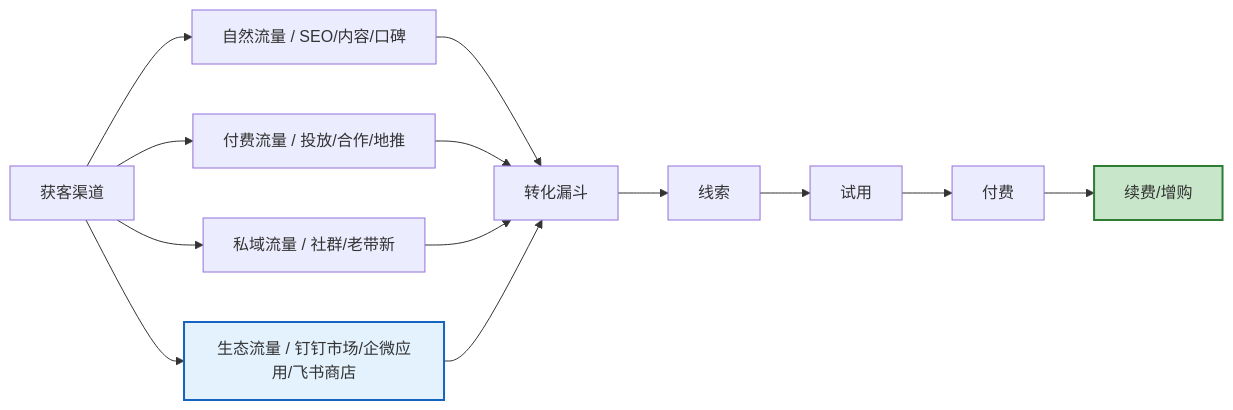
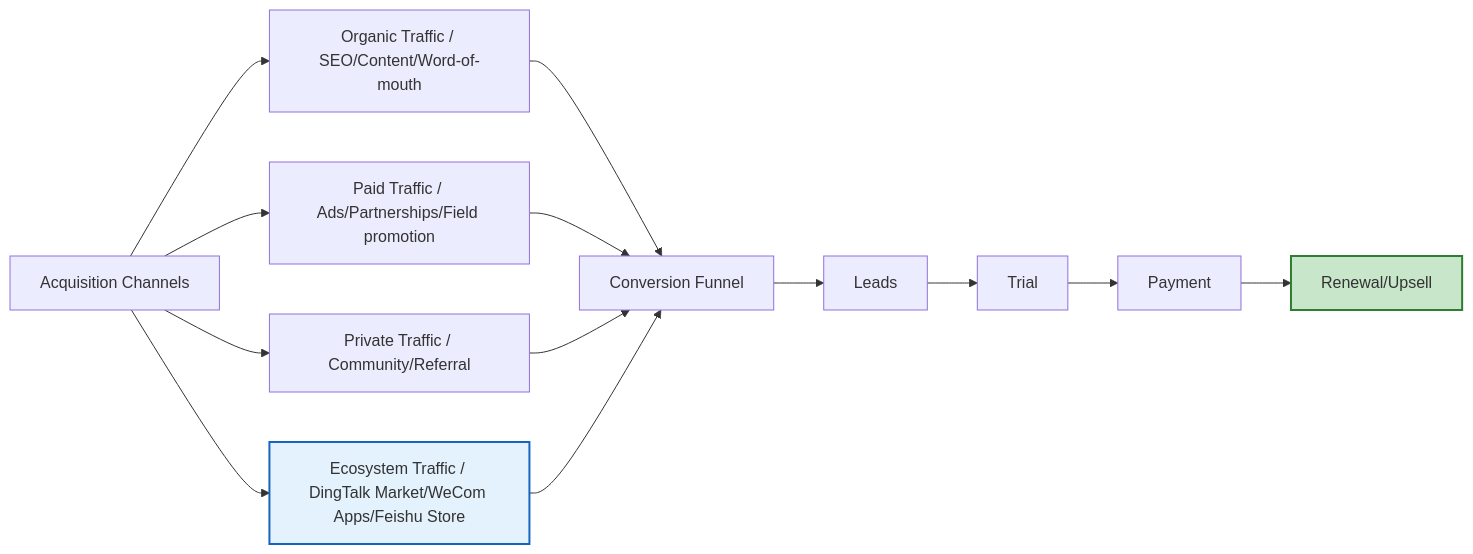
Diagram 12 of 18 in templates/产品/战略层/【模板】市场需求文档.md (Kirky-X/cangjie), drawn with Mermaid before and after one commit. The commit also changed other lines of this file and 46 other files, not shown here.

````diff
--- a/templates/产品/战略层/【模板】市场需求文档.md
+++ b/templates/产品/战略层/【模板】市场需求文档.md
@@ -551,20 +551,20 @@
 ```mermaid
 graph LR
-    A[获客渠道] --> B[自然流量 / SEO/内容/口碑]
-    A --> C[付费流量 / 投放/合作/地推]
-    A --> D[私域流量 / 社群/老带新]
-    A --> E[生态流量 / 钉钉市场/企微应用/飞书商店]
+    A[Acquisition Channels] --> B[Organic Traffic / SEO/Content/Word-of-mouth]
+    A --> C[Paid Traffic / Ads/Partnerships/Field promotion]
+    A --> D[Private Traffic / Community/Referral]
+    A --> E[Ecosystem Traffic / DingTalk Market/WeCom Apps/Feishu Store]
 
-    B --> F[转化漏斗]
+    B --> F[Conversion Funnel]
     C --> F
     D --> F
     E --> F
 
-    F --> G[线索]
-    G --> H[试用]
-    H --> I[付费]
-    I --> J[续费/增购]
+    F --> G[Leads]
+    G --> H[Trial]
+    H --> I[Payment]
+    I --> J[Renewal/Upsell]
 
     style E fill:#e3f2fd,stroke:#1565c0,stroke-width:2px
     style J fill:#c8e6c9,stroke:#2e7d32,stroke-width:2px
 ```
````
